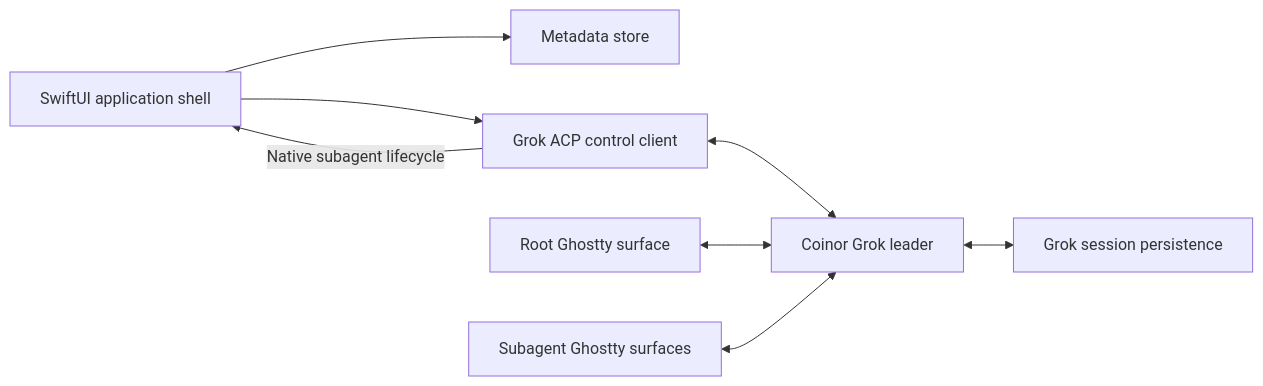
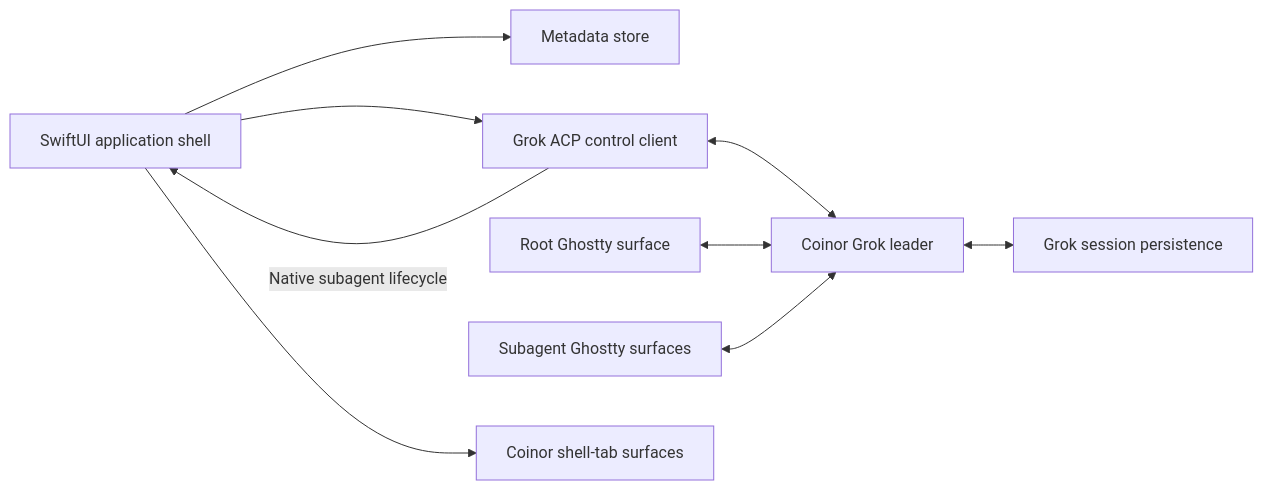
Before and after one commit to jattento/coinor: the diagram in docs/architecture.md, drawn with Mermaid. The commit also changed other lines of this file and 32 other files, not shown here.

````diff
--- a/docs/architecture.md
+++ b/docs/architecture.md
@@ -35,18 +35,20 @@
 ```mermaid
 flowchart LR
     UI["SwiftUI application shell"]
     META["Metadata store"]
     CONTROL["Grok ACP control client"]
     LEADER["Coinor Grok leader"]
     ROOT["Root Ghostty surface"]
     CHILD["Subagent Ghostty surfaces"]
+    SHELL["Coinor shell-tab surfaces"]
     GROK["Grok session persistence"]
 
     UI --> META
     UI --> CONTROL
     CONTROL <--> LEADER
     ROOT <--> LEADER
     CHILD <--> LEADER
+    UI --> SHELL
     LEADER <--> GROK
     CONTROL -->|"Native subagent lifecycle"| UI
 ```
````
